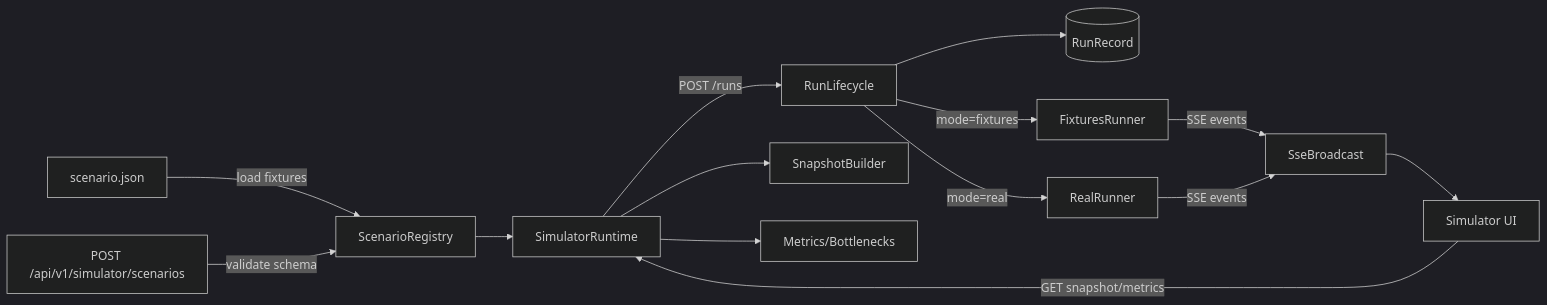
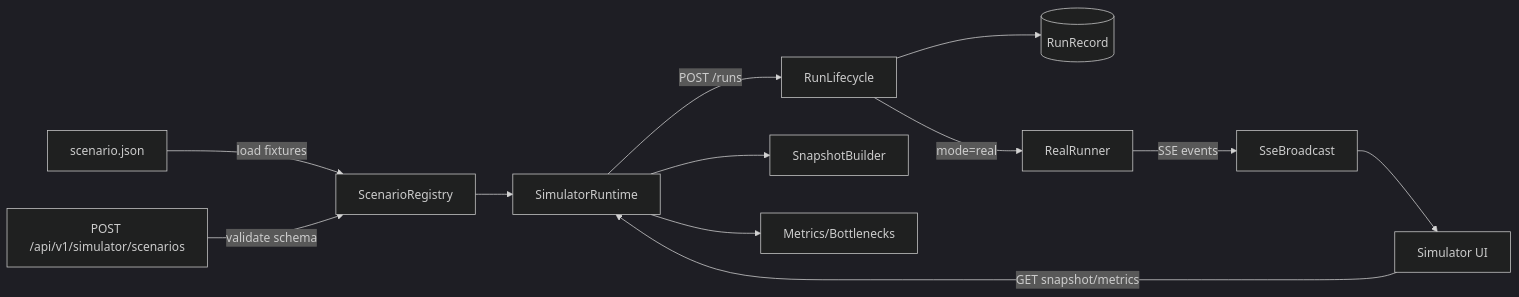
One commit to slawa19/GEOv0 changed the second of 4 diagrams in docs/ru/simulator/scenarios-and-engine.md. Above: the diagram before and after it, drawn with Mermaid (dark theme). The commit also changed other lines of this file and 16 other files, not shown here.

First line of the commit message:
docs(042 T4204): describe the single run mode `real`; mark the removed fixtures mode and debug actions

````diff
--- a/docs/ru/simulator/scenarios-and-engine.md
+++ b/docs/ru/simulator/scenarios-and-engine.md
@@ -202,20 +197,18 @@
 ```mermaid
 flowchart LR
   ScenarioFile[scenario.json] -->|load fixtures| ScenarioRegistry
   Upload[POST /api/v1/simulator/scenarios] -->|validate schema| ScenarioRegistry
 
   ScenarioRegistry --> Runtime[SimulatorRuntime]
   Runtime -->|POST /runs| RunLifecycle
   RunLifecycle --> Run[(RunRecord)]
 
-  RunLifecycle -->|mode=fixtures| FixturesRunner
   RunLifecycle -->|mode=real| RealRunner
 
-  FixturesRunner -->|SSE events| SSE[SseBroadcast]
-  RealRunner -->|SSE events| SSE
+  RealRunner -->|SSE events| SSE[SseBroadcast]
 
   SSE --> UI[Simulator UI]
   Runtime --> Snapshot[SnapshotBuilder]
   Runtime --> Metrics[Metrics/Bottlenecks]
   UI -->|GET snapshot/metrics| Runtime
 ```
````
